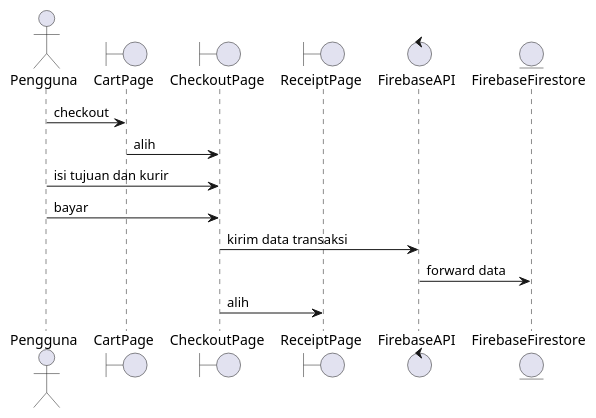
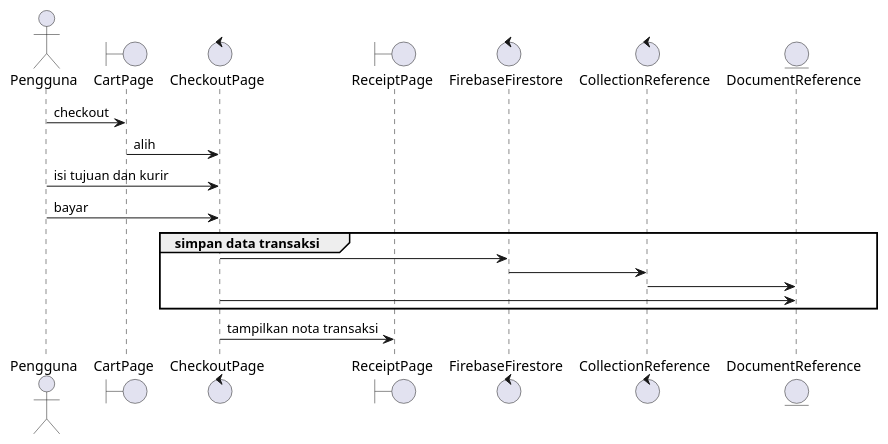
One commit to stnDinus/skpl_apbo_diagrams changed the diagram in trx_seq.puml. Above: the diagram before and after it, drawn with PlantUML. The commit also changed 19 other files, not shown here.

Commit message:
fix: sequence, colab diagrams

```diff
--- a/trx_seq.puml
+++ b/trx_seq.puml
@@ -1,16 +1,21 @@
 @startuml
 actor Pengguna
 boundary CartPage
-boundary CheckoutPage
+control CheckoutPage
 boundary ReceiptPage
-control FirebaseAPI
-entity FirebaseFirestore
+control FirebaseFirestore
+control CollectionReference
+entity DocumentReference
 
 Pengguna -> CartPage: checkout
 CartPage -> CheckoutPage: alih
 Pengguna -> CheckoutPage: isi tujuan dan kurir
 Pengguna -> CheckoutPage: bayar
-CheckoutPage -> FirebaseAPI: kirim data transaksi
-FirebaseAPI -> FirebaseFirestore: forward data
-CheckoutPage -> ReceiptPage: alih
+group simpan data transaksi
+CheckoutPage -> FirebaseFirestore
+FirebaseFirestore -> CollectionReference
+CollectionReference -> DocumentReference
+CheckoutPage -> DocumentReference
+end
+CheckoutPage -> ReceiptPage: tampilkan nota transaksi
 @enduml
```
